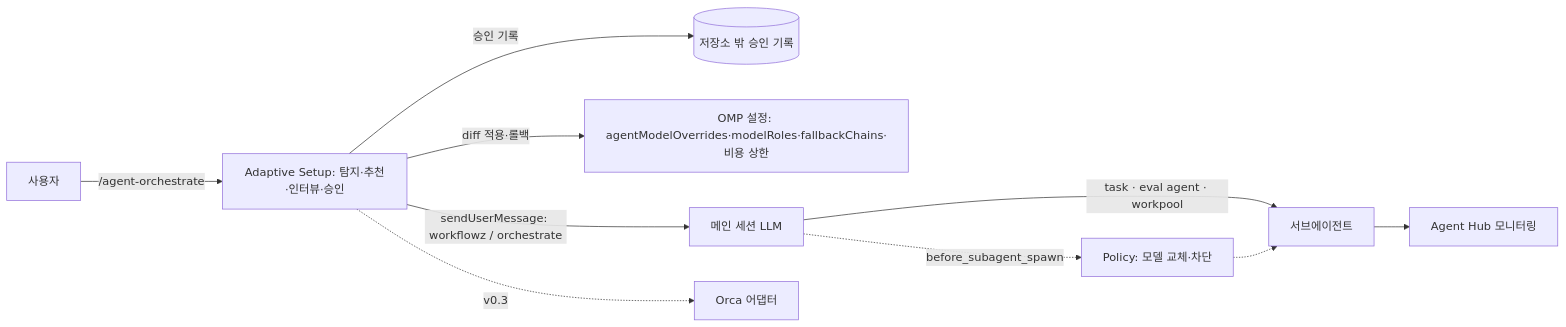
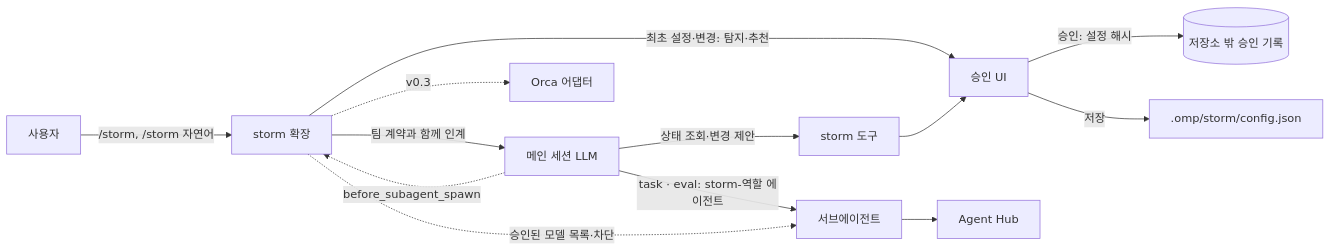
One commit to dhkimxx/omp-storm changed the diagram in docs/plan.md. Above: the diagram before and after it, drawn with Mermaid. The commit also changed other lines of this file and 1 other file, not shown here.

First line of the commit message:
docs: rename the project to OMP Storm and make /storm the single interface

````diff
--- a/docs/plan.md
+++ b/docs/plan.md
@@ -65,12 +96,15 @@
 ```mermaid
 flowchart LR
-  U[사용자] -->|/agent-orchestrate| S[Adaptive Setup: 탐지·추천·인터뷰·승인]
-  S -->|승인 기록| A[(저장소 밖 승인 기록)]
-  S -->|diff 적용·롤백| C[OMP 설정: agentModelOverrides·modelRoles·fallbackChains·비용 상한]
-  S -->|sendUserMessage: workflowz / orchestrate| M[메인 세션 LLM]
-  M -->|task · eval agent · workpool| W[서브에이전트]
-  M -.->|before_subagent_spawn| P[Policy: 모델 교체·차단]
-  P -.-> W
-  W --> H[Agent Hub 모니터링]
-  S -.->|v0.3| O[Orca 어댑터]
+  U[사용자] -->|/storm, /storm 자연어| X[storm 확장]
+  X -->|최초 설정·변경: 탐지·추천| R[승인 UI]
+  R -->|승인: 설정 해시| A[(저장소 밖 승인 기록)]
+  R -->|저장| C[.omp/storm/config.json]
+  X -->|팀 계약과 함께 인계| M[메인 세션 LLM]
+  M -->|상태 조회·변경 제안| T[storm 도구]
+  T --> R
+  M -->|task · eval: storm-역할 에이전트| W[서브에이전트]
+  M -.->|before_subagent_spawn| X
+  X -.->|승인된 모델 목록·차단| W
+  W --> H[Agent Hub]
+  X -.->|v0.3| O[Orca 어댑터]
 ```
````
